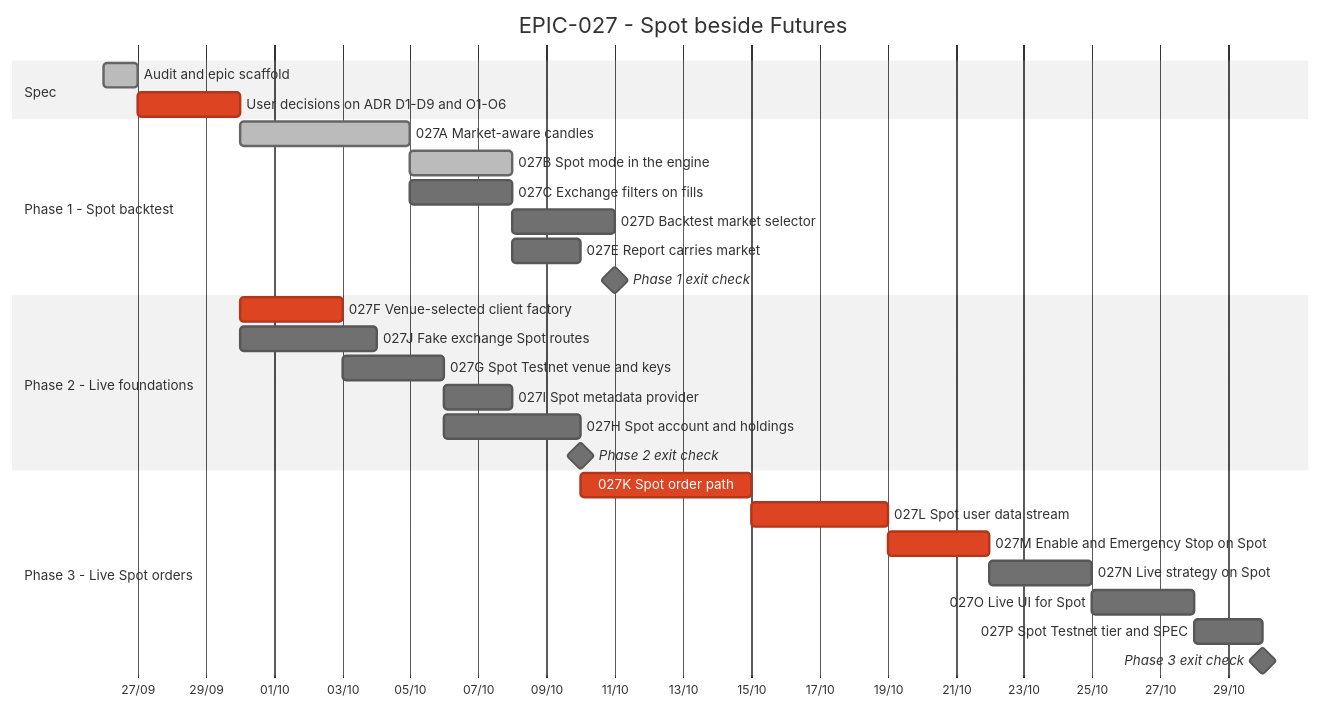
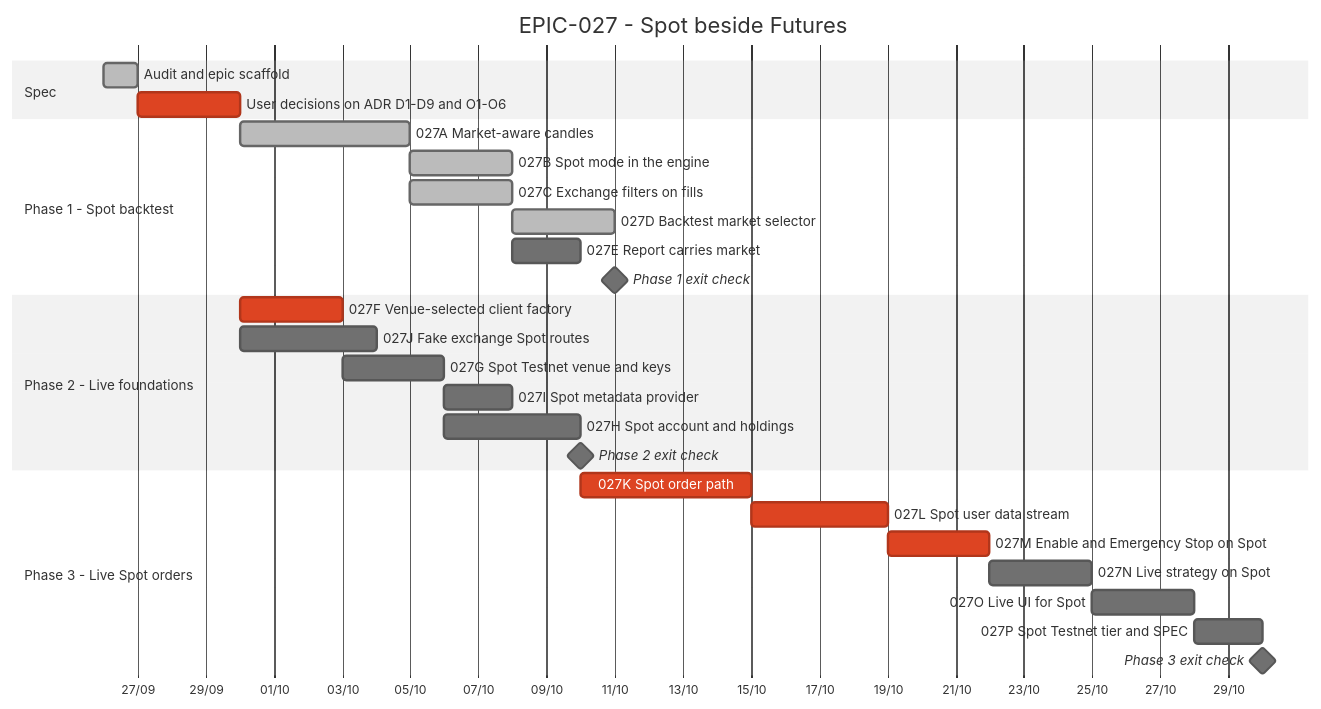
One commit to anhembedded/Sagittarius_Elite_Warrior changed the diagram in Tasks/epics/EPIC-027_spot_trading_and_spot_backtest/TRACKING.md. Above: the diagram before and after it, drawn with Mermaid (neutral theme). The commit also changed other lines of this file and 11 other files, not shown here.

````diff
--- a/Tasks/epics/EPIC-027_spot_trading_and_spot_backtest/TRACKING.md
+++ b/Tasks/epics/EPIC-027_spot_trading_and_spot_backtest/TRACKING.md
@@ -15,36 +15,36 @@
 ```mermaid
 gantt
     title EPIC-027 - Spot beside Futures
     dateFormat  YYYY-MM-DD
     axisFormat  %d/%m
     todayMarker stroke-width:2px,stroke:#d33,opacity:0.6
 
     section Spec
     Audit and epic scaffold                 :done,    s1, 2026-09-26, 1d
     User decisions on ADR D1-D9 and O1-O6   :crit,    s2, after s1, 3d
 
     section Phase 1 - Spot backtest
     027A Market-aware candles               :done,    a, after s2, 5d
     027B Spot mode in the engine            :done,    b, after a, 3d
-    027C Exchange filters on fills          :         c, after a, 3d
-    027D Backtest market selector           :         d, after b, 3d
+    027C Exchange filters on fills          :done,    c, after a, 3d
+    027D Backtest market selector           :done,    d, after b, 3d
     027E Report carries market              :         e, after c, 2d
     Phase 1 exit check                      :milestone, m1, after d, 0d
 
     section Phase 2 - Live foundations
     027F Venue-selected client factory      :crit,    f, after s2, 3d
     027J Fake exchange Spot routes          :         j, after s2, 4d
     027G Spot Testnet venue and keys        :         g, after f, 3d
     027I Spot metadata provider             :         i, after g, 2d
     027H Spot account and holdings          :         h, after g j, 4d
     Phase 2 exit check                      :milestone, m2, after h, 0d
 
     section Phase 3 - Live Spot orders
     027K Spot order path                    :crit,    k, after m2, 5d
     027L Spot user data stream              :crit,    l, after k, 4d
     027M Enable and Emergency Stop on Spot  :crit,    m, after l, 3d
     027N Live strategy on Spot              :         n, after m, 3d
     027O Live UI for Spot                   :         o, after n, 3d
     027P Spot Testnet tier and SPEC         :         p, after o, 2d
     Phase 3 exit check                      :milestone, m3, after p, 0d
 ```
````
